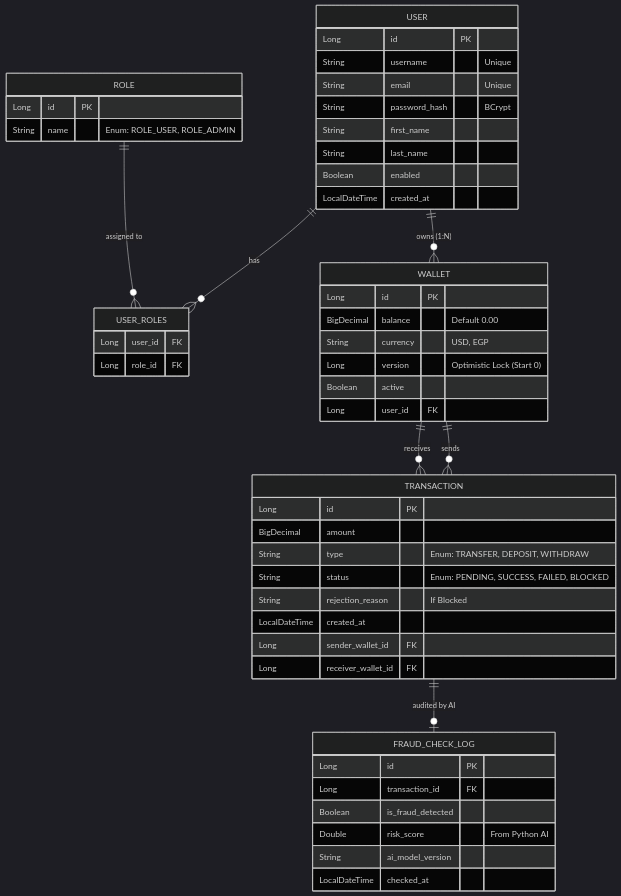
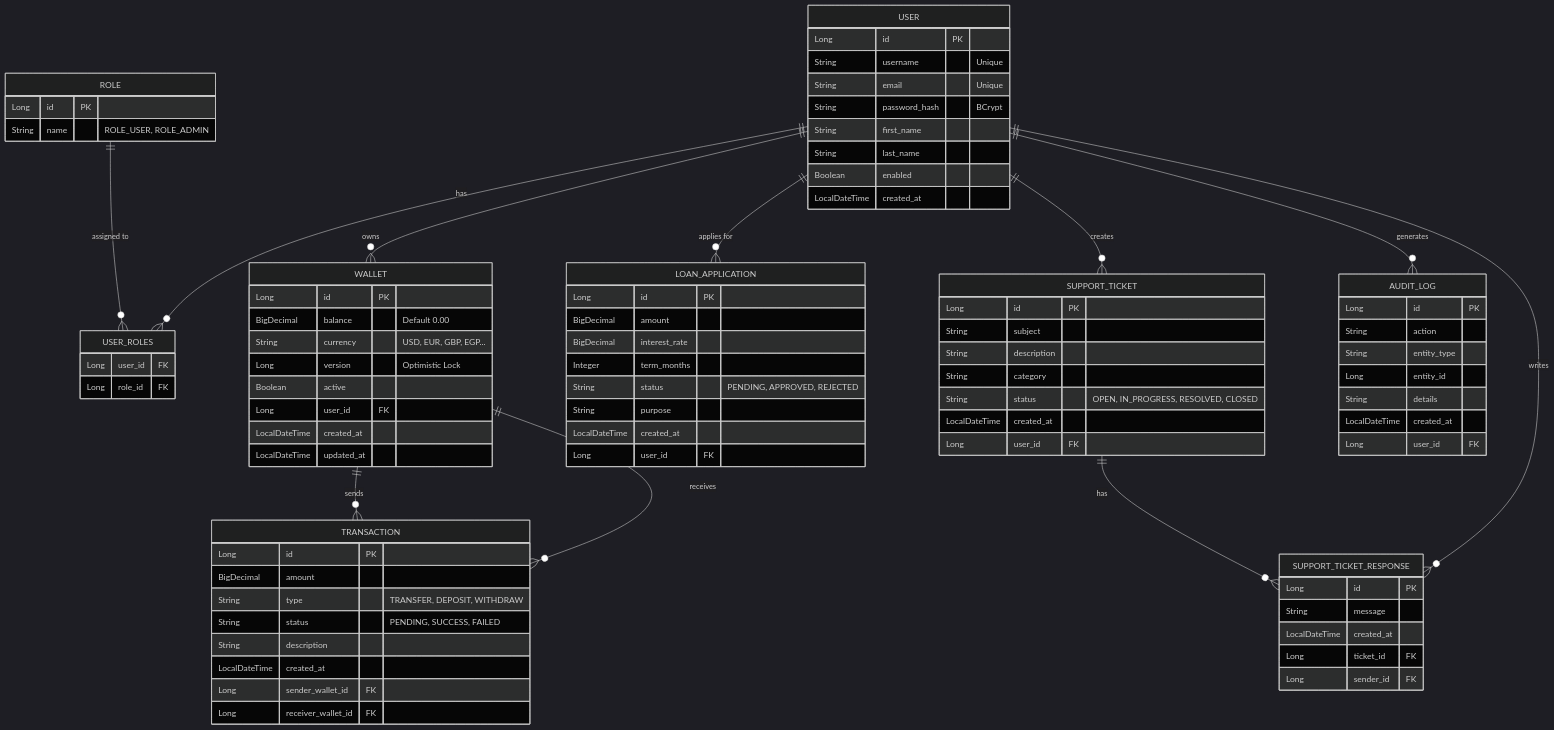
Before and after one commit to mahmoudss5/FinTeck: the diagram in diagrams/erd.mmd, drawn with Mermaid (dark theme). The commit also changed 6 other files, not shown here.

Commit message:
update the readme file and diagrams

```diff
--- a/diagrams/erd.mmd
+++ b/diagrams/erd.mmd
@@ -1,64 +1,102 @@
 erDiagram
 %% User Management %%
     USER {
         Long id PK
         String username "Unique"
         String email "Unique"
         String password_hash "BCrypt"
         String first_name
         String last_name
         Boolean enabled
         LocalDateTime created_at
     }
 
     ROLE {
         Long id PK
-        String name "Enum: ROLE_USER, ROLE_ADMIN"
+        String name "ROLE_USER, ROLE_ADMIN"
     }
 
     USER_ROLES {
         Long user_id FK
         Long role_id FK
     }
 
 %% Financial Core %%
     WALLET {
         Long id PK
         BigDecimal balance "Default 0.00"
-        String currency "USD, EGP"
-        Long version "Optimistic Lock (Start 0)"
+        String currency "USD, EUR, GBP, EGP..."
+        Long version "Optimistic Lock"
         Boolean active
         Long user_id FK
+        LocalDateTime created_at
+        LocalDateTime updated_at
     }
 
     TRANSACTION {
         Long id PK
         BigDecimal amount
-        String type "Enum: TRANSFER, DEPOSIT, WITHDRAW"
-        String status "Enum: PENDING, SUCCESS, FAILED, BLOCKED"
-        String rejection_reason "If Blocked"
+        String type "TRANSFER, DEPOSIT, WITHDRAW"
+        String status "PENDING, SUCCESS, FAILED"
+        String description
         LocalDateTime created_at
         Long sender_wallet_id FK
         Long receiver_wallet_id FK
     }
 
-%% AI & Security %%
-    FRAUD_CHECK_LOG {
+%% Loan System %%
+    LOAN_APPLICATION {
         Long id PK
-        Long transaction_id FK
-        Boolean is_fraud_detected
-        Double risk_score "From Python AI"
-        String ai_model_version
-        LocalDateTime checked_at
+        BigDecimal amount
+        BigDecimal interest_rate
+        Integer term_months
+        String status "PENDING, APPROVED, REJECTED"
+        String purpose
+        LocalDateTime created_at
+        Long user_id FK
+    }
+
+%% Support System %%
+    SUPPORT_TICKET {
+        Long id PK
+        String subject
+        String description
+        String category
+        String status "OPEN, IN_PROGRESS, RESOLVED, CLOSED"
+        LocalDateTime created_at
+        Long user_id FK
+    }
+
+    SUPPORT_TICKET_RESPONSE {
+        Long id PK
+        String message
+        LocalDateTime created_at
+        Long ticket_id FK
+        Long sender_id FK
+    }
+
+%% Audit %%
+    AUDIT_LOG {
+        Long id PK
+        String action
+        String entity_type
+        Long entity_id
+        String details
+        LocalDateTime created_at
+        Long user_id FK
     }
 
 %% Relationships %%
     USER ||--o{ USER_ROLES : "has"
     ROLE ||--o{ USER_ROLES : "assigned to"
 
-    USER ||--o{ WALLET : "owns (1:N)"
+    USER ||--o{ WALLET : "owns"
+    USER ||--o{ LOAN_APPLICATION : "applies for"
+    USER ||--o{ SUPPORT_TICKET : "creates"
+    USER ||--o{ AUDIT_LOG : "generates"
 
     WALLET ||--o{ TRANSACTION : "sends"
     WALLET ||--o{ TRANSACTION : "receives"
 
-    TRANSACTION ||--o| FRAUD_CHECK_LOG : "audited by AI"
+    SUPPORT_TICKET ||--o{ SUPPORT_TICKET_RESPONSE : "has"
+    USER ||--o{ SUPPORT_TICKET_RESPONSE : "writes"
```
